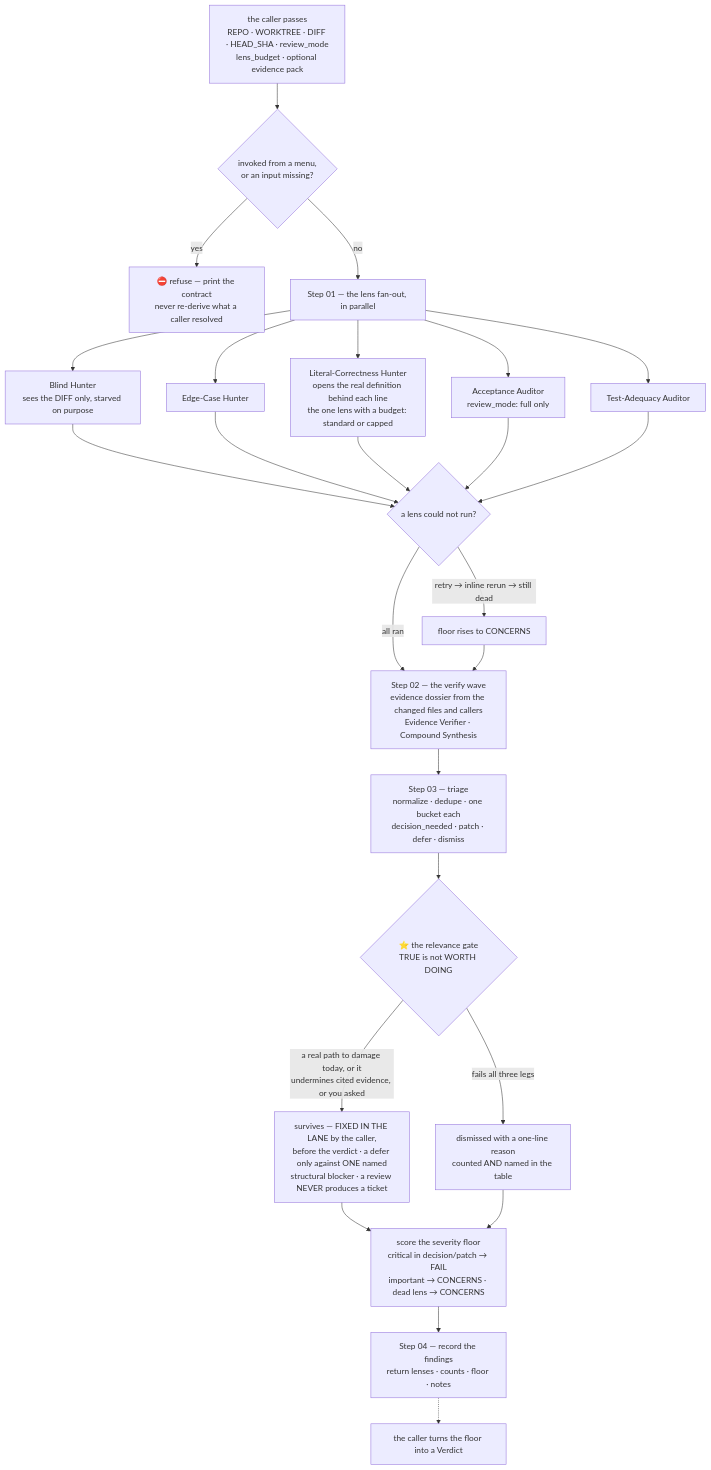
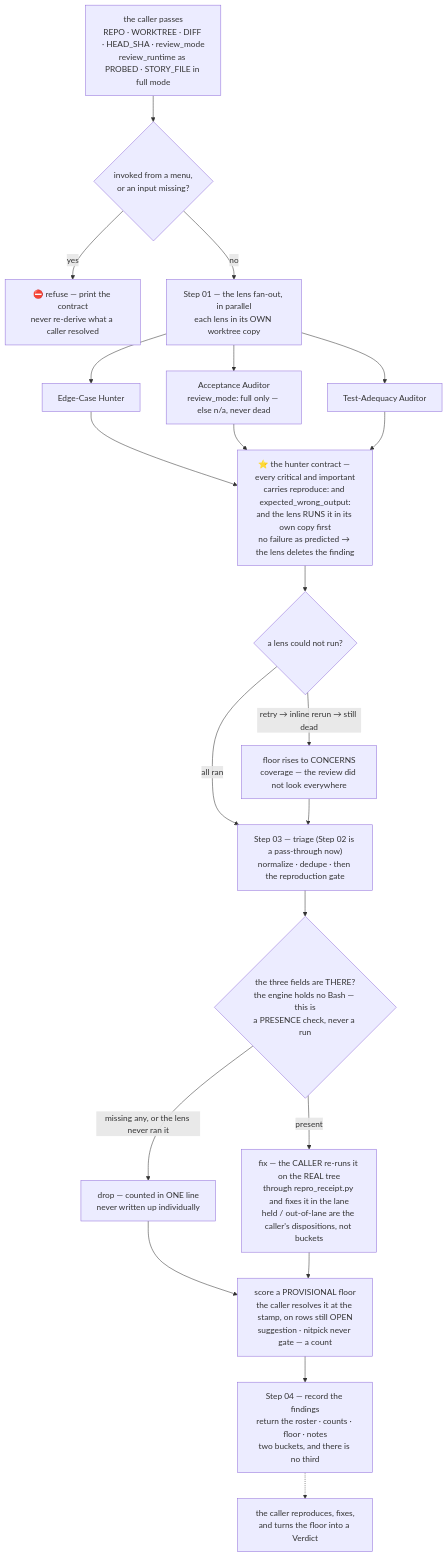
One commit to sudomadhatter/Sudo_Hatter_Command changed diagram 23 of 46 in docs/_scc_sops_prds/operator_workflows_quickref.md. Above: the diagram before and after it, drawn with Mermaid. The commit also changed other lines of this file and 4 other files, not shown here.

````diff
--- a/docs/_scc_sops_prds/operator_workflows_quickref.md
+++ b/docs/_scc_sops_prds/operator_workflows_quickref.md
@@ -744,27 +752,23 @@
 ```mermaid
 flowchart TD
-    IN["the caller passes\nREPO · WORKTREE · DIFF · HEAD_SHA · review_mode\nlens_budget · optional evidence pack"] --> CHK{"invoked from a menu,\nor an input missing?"}
+    IN["the caller passes\nREPO · WORKTREE · DIFF · HEAD_SHA · review_mode\nreview_runtime as PROBED · STORY_FILE in full mode"] --> CHK{"invoked from a menu,\nor an input missing?"}
     CHK -- "yes" --> X["⛔ refuse — print the contract\nnever re-derive what a caller resolved"]
-    CHK -- "no" --> L["Step 01 — the lens fan-out, in parallel"]
-    L --> L1["Blind Hunter\nsees the DIFF only, starved on purpose"]
-    L --> L2["Edge-Case Hunter"]
-    L --> L3["Literal-Correctness Hunter\nopens the real definition behind each line\nthe one lens with a budget: standard or capped"]
-    L --> L4["Acceptance Auditor\nreview_mode: full only"]
-    L --> L5["Test-Adequacy Auditor"]
-    L1 --> DEAD{"a lens could not run?"}
-    L2 --> DEAD
-    L3 --> DEAD
-    L4 --> DEAD
-    L5 --> DEAD
-    DEAD -- "retry → inline rerun → still dead" --> CAP["floor rises to CONCERNS"]
-    DEAD -- "all ran" --> V["Step 02 — the verify wave\nevidence dossier from the changed files and callers\nEvidence Verifier · Compound Synthesis"]
-    CAP --> V
-    V --> T["Step 03 — triage\nnormalize · dedupe · one bucket each\ndecision_needed · patch · defer · dismiss"]
-    T --> REL{"⭐ the relevance gate\nTRUE is not WORTH DOING"}
-    REL -- "a real path to damage today, or it\nundermines cited evidence, or you asked" --> KEEP["survives — FIXED IN THE LANE by the caller,\nbefore the verdict · a defer only against ONE named\nstructural blocker · a review NEVER produces a ticket"]
-    REL -- "fails all three legs" --> KILL["dismissed with a one-line reason\ncounted AND named in the table"]
-    KEEP --> F["score the severity floor\ncritical in decision/patch → FAIL\nimportant → CONCERNS · dead lens → CONCERNS"]
-    KILL --> F
-    F --> R["Step 04 — record the findings\nreturn lenses · counts · floor · notes"]
-    R -.-> OUT["the caller turns the floor into a Verdict"]
+    CHK -- "no" --> L["Step 01 — the lens fan-out, in parallel\neach lens in its OWN worktree copy"]
+    L --> L1["Edge-Case Hunter"]
+    L --> L2["Acceptance Auditor\nreview_mode: full only — else n/a, never dead"]
+    L --> L3["Test-Adequacy Auditor"]
+    L1 --> REP["⭐ the hunter contract — every critical and important\ncarries reproduce: and expected_wrong_output:\nand the lens RUNS it in its own copy first\nno failure as predicted → the lens deletes the finding"]
+    L2 --> REP
+    L3 --> REP
+    REP --> DEAD{"a lens could not run?"}
+    DEAD -- "retry → inline rerun → still dead" --> CAP["floor rises to CONCERNS\ncoverage — the review did not look everywhere"]
+    DEAD -- "all ran" --> T["Step 03 — triage (Step 02 is a pass-through now)\nnormalize · dedupe · then the reproduction gate"]
+    CAP --> T
+    T --> GATE{"the three fields are THERE?\nthe engine holds no Bash — this is\na PRESENCE check, never a run"}
+    GATE -- "missing any, or the lens never ran it" --> DROP["drop — counted in ONE line\nnever written up individually"]
+    GATE -- "present" --> FIXB["fix — the CALLER re-runs it on the REAL tree\nthrough repro_receipt.py and fixes it in the lane\nheld / out-of-lane are the caller's dispositions, not buckets"]
+    DROP --> F["score a PROVISIONAL floor\nthe caller resolves it at the stamp, on rows still OPEN\nsuggestion · nitpick never gate — a count"]
+    FIXB --> F
+    F --> R["Step 04 — record the findings\nreturn the roster · counts · floor · notes\ntwo buckets, and there is no third"]
+    R -.-> OUT["the caller reproduces, fixes,\nand turns the floor into a Verdict"]
 ```
````
